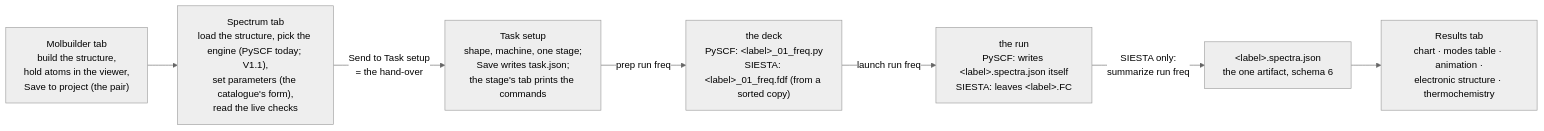
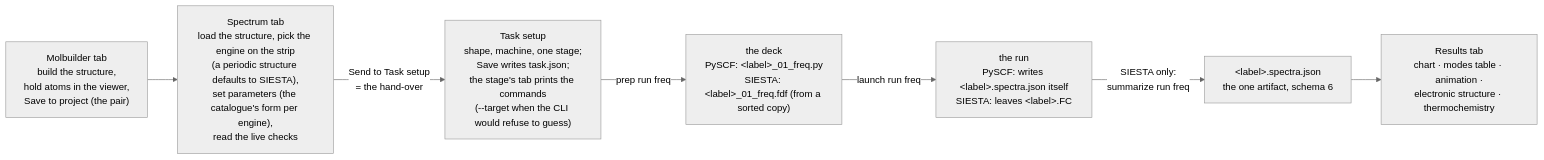
One commit to Qing-LAB/molbuilder changed the first of 2 diagrams in docs/engines/vibration.md. Above: the diagram before and after it, drawn with Mermaid (neutral theme). The commit also changed other lines of this file and 27 other files, not shown here.

````diff
--- a/docs/engines/vibration.md
+++ b/docs/engines/vibration.md
@@ -183,9 +183,9 @@
 ```mermaid
 flowchart LR
-  M["Molbuilder tab<br/>build the structure,<br/>hold atoms in the viewer,<br/>Save to project (the pair)"] --> S["Spectrum tab<br/>load the structure, pick the engine (PySCF today; V1.1),<br/>set parameters (the catalogue's form),<br/>read the live checks"]
-  S -->|"Send to Task setup<br/>= the hand-over"| T["Task setup<br/>shape, machine, one stage;<br/>Save writes task.json;<br/>the stage's tab prints the commands"]
+  M["Molbuilder tab<br/>build the structure,<br/>hold atoms in the viewer,<br/>Save to project (the pair)"] --> S["Spectrum tab<br/>load the structure, pick the engine on the strip<br/>(a periodic structure defaults to SIESTA),<br/>set parameters (the catalogue's form per engine),<br/>read the live checks"]
+  S -->|"Send to Task setup<br/>= the hand-over"| T["Task setup<br/>shape, machine, one stage;<br/>Save writes task.json;<br/>the stage's tab prints the commands<br/>(--target when the CLI would refuse to guess)"]
   T -->|"prep run freq"| P["the deck<br/>PySCF: &lt;label&gt;_01_freq.py<br/>SIESTA: &lt;label&gt;_01_freq.fdf (from a sorted copy)"]
   P -->|"launch run freq"| R["the run<br/>PySCF: writes &lt;label&gt;.spectra.json itself<br/>SIESTA: leaves &lt;label&gt;.FC"]
   R -->|"SIESTA only:<br/>summarize run freq"| A["&lt;label&gt;.spectra.json<br/>the one artifact, schema 6"]
   A --> V["Results tab<br/>chart · modes table · animation ·<br/>electronic structure · thermochemistry"]
 ```
````
